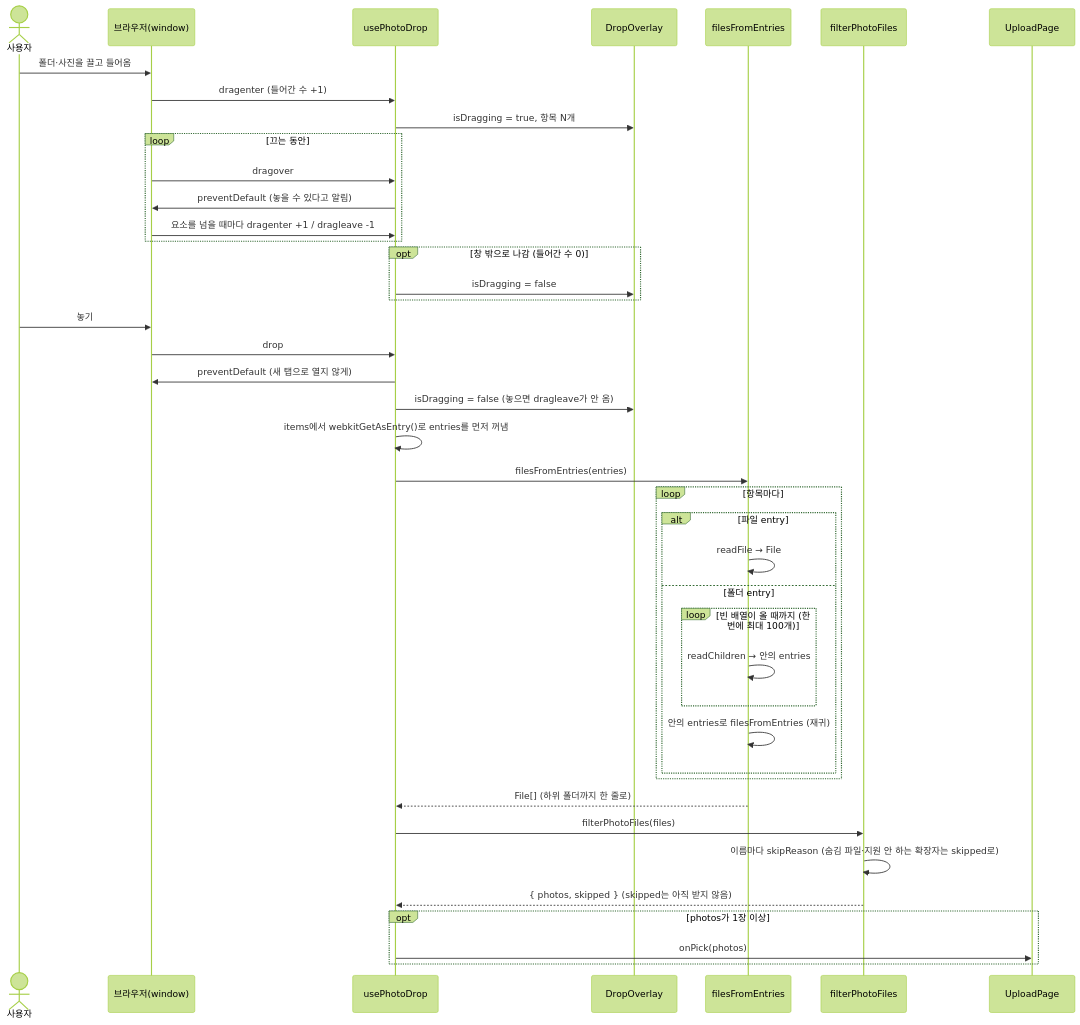
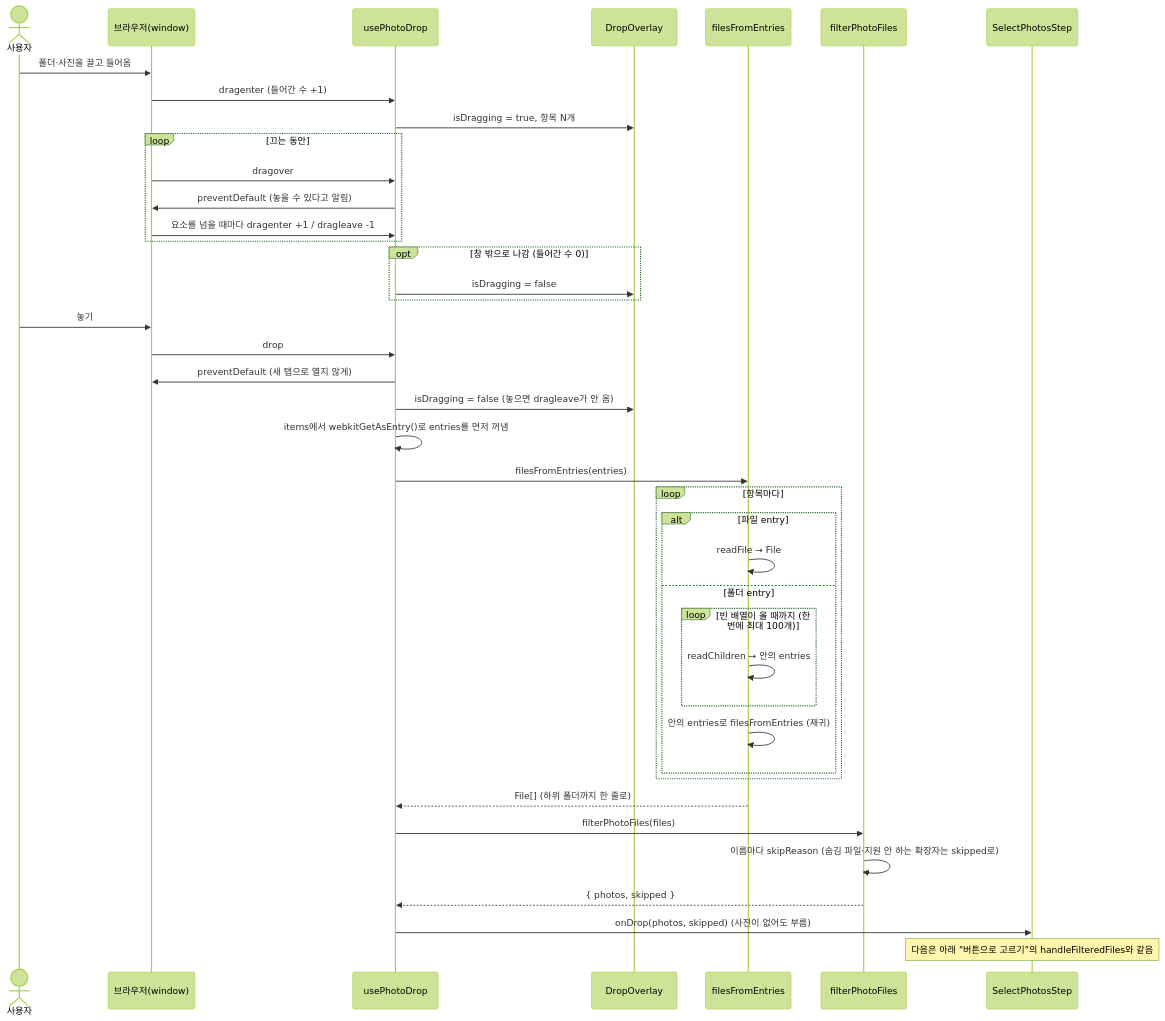
The first of 3 diagrams in docs/upload/DROP_FLOW.md (2026-WebFW-1/danyeo-on), drawn with Mermaid (forest theme) before and after one commit. The commit also changed other lines of this file and 17 other files, not shown here.

````diff
--- a/docs/upload/DROP_FLOW.md
+++ b/docs/upload/DROP_FLOW.md
@@ -7,48 +7,47 @@
 ```mermaid
 sequenceDiagram
     actor 사용자
     participant 브라우저 as 브라우저(window)
     participant 훅 as usePhotoDrop
     participant 덮개 as DropOverlay
     participant 펴기 as filesFromEntries
     participant 거르기 as filterPhotoFiles
-    participant 페이지 as UploadPage
+    participant 화면 as SelectPhotosStep
 
     사용자->>브라우저: 폴더·사진을 끌고 들어옴
     브라우저->>훅: dragenter (들어간 수 +1)
     훅->>덮개: isDragging = true, 항목 N개
     loop 끄는 동안
         브라우저->>훅: dragover
         훅->>브라우저: preventDefault (놓을 수 있다고 알림)
         브라우저->>훅: 요소를 넘을 때마다 dragenter +1 / dragleave -1
     end
     opt 창 밖으로 나감 (들어간 수 0)
         훅->>덮개: isDragging = false
     end
     사용자->>브라우저: 놓기
     브라우저->>훅: drop
     훅->>브라우저: preventDefault (새 탭으로 열지 않게)
     훅->>덮개: isDragging = false (놓으면 dragleave가 안 옴)
     훅->>훅: items에서 webkitGetAsEntry()로 entries를 먼저 꺼냄
 
     훅->>펴기: filesFromEntries(entries)
     loop 항목마다
         alt 파일 entry
             펴기->>펴기: readFile → File
         else 폴더 entry
             loop 빈 배열이 올 때까지 (한 번에 최대 100개)
                 펴기->>펴기: readChildren → 안의 entries
             end
             펴기->>펴기: 안의 entries로 filesFromEntries (재귀)
         end
     end
     펴기-->>훅: File[] (하위 폴더까지 한 줄로)
 
     훅->>거르기: filterPhotoFiles(files)
     거르기->>거르기: 이름마다 skipReason (숨김 파일·지원 안 하는 확장자는 skipped로)
-    거르기-->>훅: { photos, skipped } (skipped는 아직 받지 않음)
+    거르기-->>훅: { photos, skipped }
 
-    opt photos가 1장 이상
-        훅->>페이지: onPick(photos)
-    end
+    훅->>화면: onDrop(photos, skipped) (사진이 없어도 부름)
+    Note over 화면: 다음은 아래 "버튼으로 고르기"의 handleFilteredFiles와 같음
 ```
````
